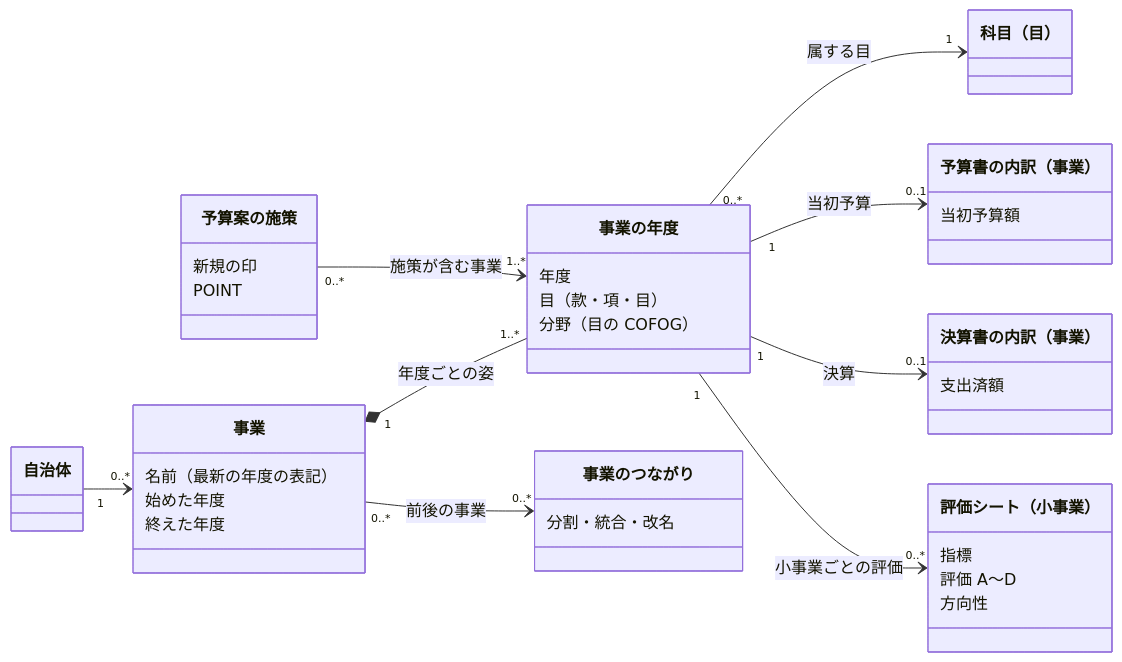
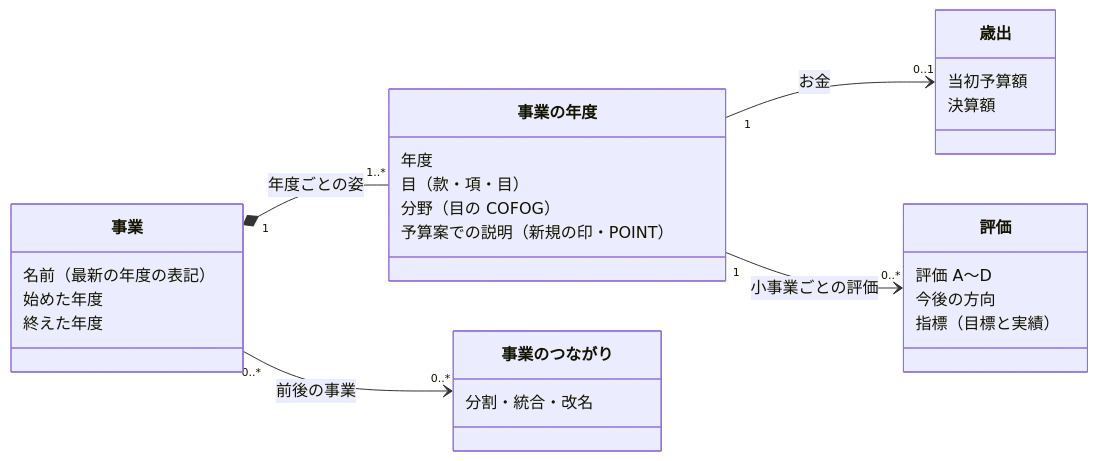
The diagram in docs/prd/jurisdiction-page-data/project-domain-model.md (fudoki-hensansitu/fudoki), drawn with Mermaid before and after one commit. The commit also changed other lines of this file, not shown here.

````diff
--- a/docs/prd/jurisdiction-page-data/project-domain-model.md
+++ b/docs/prd/jurisdiction-page-data/project-domain-model.md
@@ -18,42 +17,31 @@
 ```mermaid
 classDiagram
     direction LR
-    class Jurisdiction["自治体"]
     class Project["事業"] {
         名前（最新の年度の表記）
         始めた年度
         終えた年度
     }
     class ProjectYear["事業の年度"] {
         年度
         目（款・項・目）
         分野（目の COFOG）
+        予算案での説明（新規の印・POINT）
     }
-    class Subject["科目（目）"]
-    class BudgetDetail["予算書の内訳（事業）"] {
+    class Expenditure["歳出"] {
         当初予算額
+        決算額
     }
-    class SettlementDetail["決算書の内訳（事業）"] {
-        支出済額
-    }
-    class EvaluationSheet["評価シート（小事業）"] {
-        指標
+    class Evaluation["評価"] {
         評価 A〜D
-        方向性
-    }
-    class Initiative["予算案の施策"] {
-        新規の印
-        POINT
+        今後の方向
+        指標（目標と実績）
     }
     class Lineage["事業のつながり"] {
         分割・統合・改名
     }
-    Jurisdiction "1" --> "0..*" Project
     Project "1" *-- "1..*" ProjectYear : 年度ごとの姿
-    ProjectYear "0..*" --> "1" Subject : 属する目
-    ProjectYear "1" --> "0..1" BudgetDetail : 当初予算
-    ProjectYear "1" --> "0..1" SettlementDetail : 決算
-    ProjectYear "1" --> "0..*" EvaluationSheet : 小事業ごとの評価
-    Initiative "0..*" --> "1..*" ProjectYear : 施策が含む事業
+    ProjectYear "1" --> "0..1" Expenditure : お金
+    ProjectYear "1" --> "0..*" Evaluation : 小事業ごとの評価
     Project "0..*" --> "0..*" Lineage : 前後の事業
 ```
````
